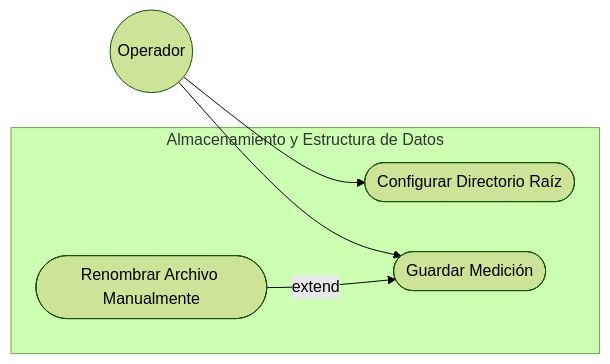
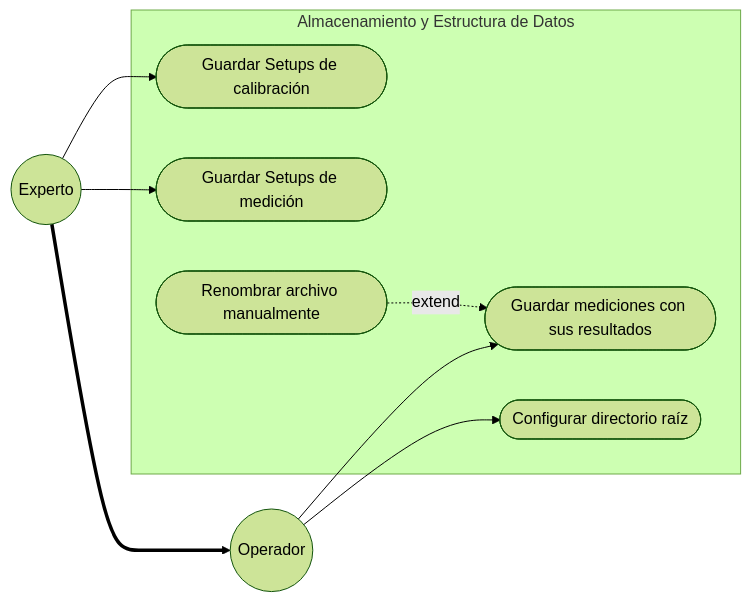
The sixth of 6 diagrams in Gmini-MarkDown/Casos de Uso.md (alegrelias/Repo-GMini), drawn with Mermaid (forest theme) before and after one commit. The commit also changed other lines of this file and 2 other files, not shown here.

Commit message:
Se modifican diagramas de casos de uso para mantener coherencia y se agrega rfequerimiento 'cerrar sesión'

````diff
--- a/Gmini-MarkDown/Casos de Uso.md
+++ b/Gmini-MarkDown/Casos de Uso.md
@@ -153,18 +152,26 @@
 ```mermaid
 flowchart LR
 %% Actores
 Operador((Operador))
+Experto((Experto))
+
+%% Jerarquía
+Experto ==> Operador
 
 subgraph Almacenamiento y Estructura de Datos
-	CU1([Configurar Directorio Raíz])
-	CU2([Renombrar Archivo Manualmente])
-	CU4([Guardar Medición])
+	CU1([Guardar Setups de calibración])
+	CU2([Guardar Setups de medición])
+	CU3([Guardar mediciones con sus resultados])
+	CU4([Configurar directorio raíz])
+	CU5([Renombrar archivo manualmente])
 end
 
 %% Asociaciones
-Operador --> CU1
+Experto --> CU1
+Experto --> CU2
+Operador --> CU3
 Operador --> CU4
 
 %% Relaciones Include/Extend
-CU2 --extend--> CU4
+CU5 -.extend.-> CU3
 ```
````
